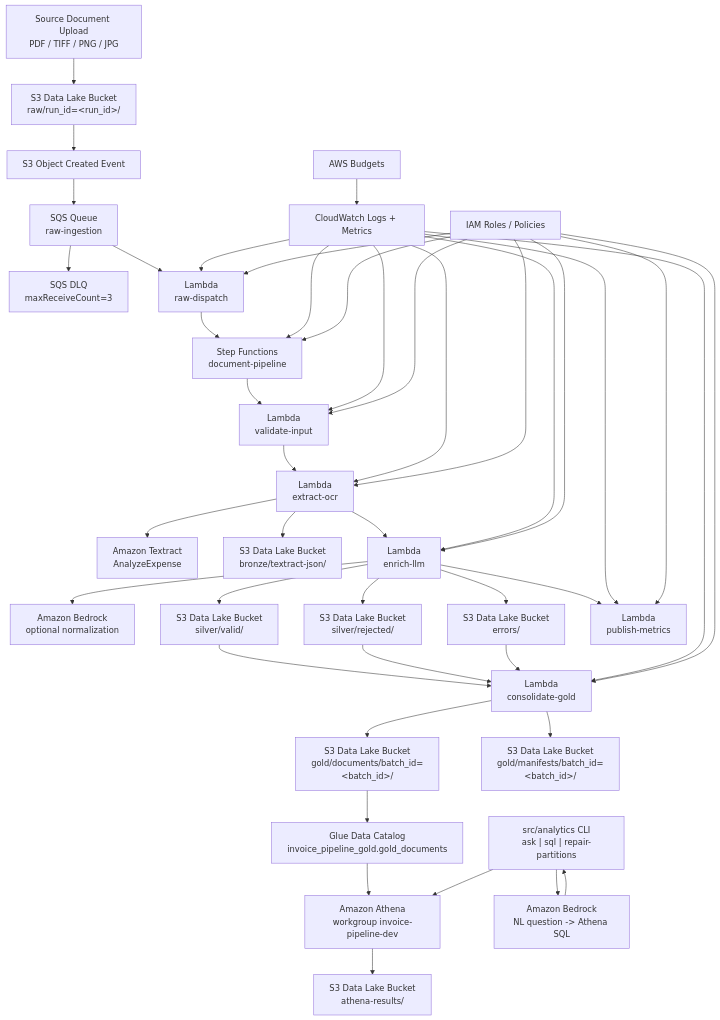
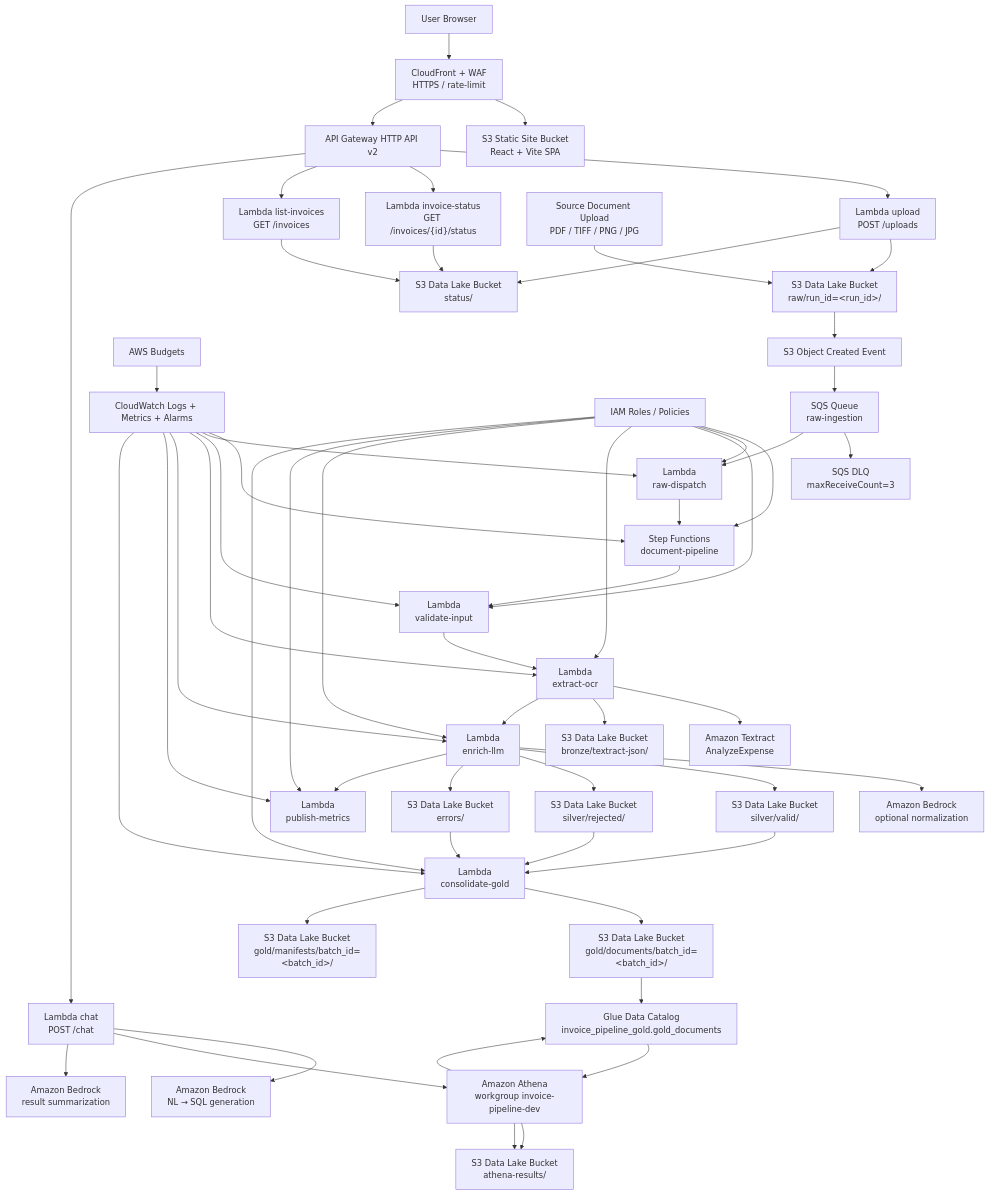
One commit to Merlin2098/invoice_pipeline changed the second of 5 diagrams in docs/resources/diagram.md. Above: the diagram before and after it, drawn with Mermaid. The commit also changed other lines of this file and 16 other files, not shown here.

First line of the commit message:
feat(portal): add frontend portal, CloudFront hosting, WAF, and alarms (Phase 5)

````diff
--- a/docs/resources/diagram.md
+++ b/docs/resources/diagram.md
@@ -22,51 +25,67 @@
 ```mermaid
 flowchart TB
-    U["Source Document Upload<br/>PDF / TIFF / PNG / JPG"] --> S3R["S3 Data Lake Bucket<br/>raw/run_id=&lt;run_id&gt;/"]
+    USR["User Browser"] --> CF["CloudFront + WAF<br/>HTTPS / rate-limit"]
+    CF --> S3SITE["S3 Static Site Bucket<br/>React + Vite SPA"]
+    CF --> APIGW["API Gateway HTTP API v2"]
+
+    APIGW --> UPL["Lambda upload<br/>POST /uploads"]
+    APIGW --> STAT["Lambda invoice-status<br/>GET /invoices/{id}/status"]
+    APIGW --> LIST["Lambda list-invoices<br/>GET /invoices"]
+    APIGW --> CHAT["Lambda chat<br/>POST /chat"]
+
+    UPL --> S3R["S3 Data Lake Bucket<br/>raw/run_id=&lt;run_id&gt;/"]
+    UPL --> S3ST["S3 Data Lake Bucket<br/>status/"]
+    STAT --> S3ST
+    LIST --> S3ST
+
+    CHAT --> BSQ["Amazon Bedrock<br/>NL → SQL generation"]
+    CHAT --> ATH["Amazon Athena<br/>workgroup invoice-pipeline-dev"]
+    CHAT --> BR2["Amazon Bedrock<br/>result summarization"]
+    ATH --> S3AR["S3 Data Lake Bucket<br/>athena-results/"]
+    ATH --> GC["Glue Data Catalog<br/>gold_documents · gold_invoice_summary"]
+
+    U["Source Document Upload<br/>PDF / TIFF / PNG / JPG"] --> S3R
     S3R --> EV["S3 Object Created Event"]
     EV --> SQS["SQS Queue<br/>raw-ingestion"]
     SQS --> DLQ["SQS DLQ<br/>maxReceiveCount=3"]
     SQS --> RD["Lambda<br/>raw-dispatch"]
     RD --> SF["Step Functions<br/>document-pipeline"]
 
     SF --> L1["Lambda<br/>validate-input"]
     L1 --> L2["Lambda<br/>extract-ocr"]
     L2 --> TX["Amazon Textract<br/>AnalyzeExpense"]
     L2 --> S3B["S3 Data Lake Bucket<br/>bronze/textract-json/"]
     L2 --> L3["Lambda<br/>enrich-llm"]
     L3 --> BR["Amazon Bedrock<br/>optional normalization"]
     L3 --> S3SV["S3 Data Lake Bucket<br/>silver/valid/"]
     L3 --> S3SR["S3 Data Lake Bucket<br/>silver/rejected/"]
     L3 --> S3E["S3 Data Lake Bucket<br/>errors/"]
     L3 --> L4["Lambda<br/>publish-metrics"]
 
     S3SV --> L5["Lambda<br/>consolidate-gold"]
     S3SR --> L5
     S3E --> L5
     L5 --> S3G["S3 Data Lake Bucket<br/>gold/documents/batch_id=&lt;batch_id&gt;/"]
     L5 --> S3GM["S3 Data Lake Bucket<br/>gold/manifests/batch_id=&lt;batch_id&gt;/"]
 
     S3G --> GC["Glue Data Catalog<br/>invoice_pipeline_gold.gold_documents"]
     GC --> ATH["Amazon Athena<br/>workgroup invoice-pipeline-dev"]
     ATH --> S3AR["S3 Data Lake Bucket<br/>athena-results/"]
 
-    CLI["src/analytics CLI<br/>ask | sql | repair-partitions"] --> BSQ["Amazon Bedrock<br/>NL question -> Athena SQL"]
-    BSQ --> CLI
-    CLI --> ATH
-
-    CW["CloudWatch Logs + Metrics"] --> SF
+    CW["CloudWatch Logs + Metrics + Alarms"] --> SF
     CW --> RD
     CW --> L1
     CW --> L2
     CW --> L3
     CW --> L4
     CW --> L5
 
     BUD["AWS Budgets"] --> CW
     IAM["IAM Roles / Policies"] --> SF
     IAM --> RD
     IAM --> L1
     IAM --> L2
     IAM --> L3
     IAM --> L4
     IAM --> L5
 ```
````
